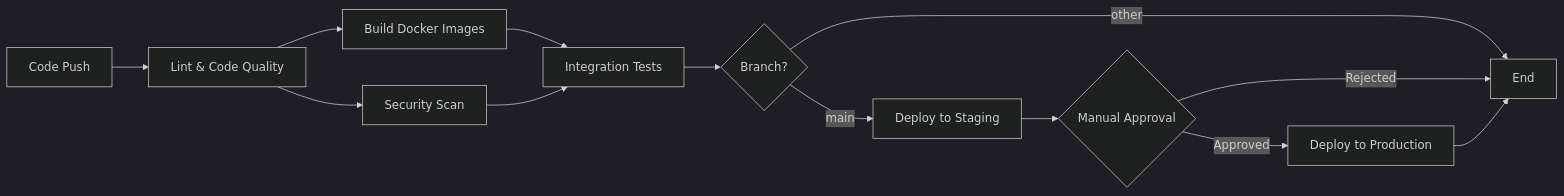
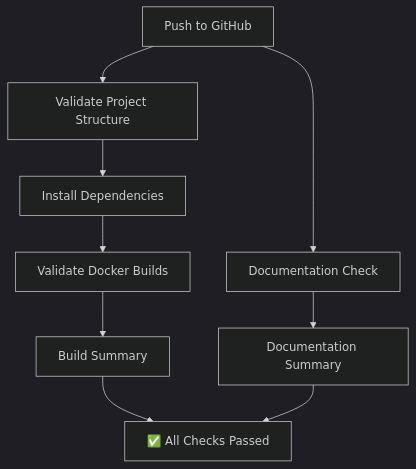
The diagram in CI_CD_DOCUMENTATION.md (Brightmarc12/Distributed_Notification_System), drawn with Mermaid (dark theme) before and after one commit. The commit also changed other lines of this file, not shown here.

First line of the commit message:
docs: update CI/CD documentation to reflect simplified workflows

````diff
--- a/CI_CD_DOCUMENTATION.md
+++ b/CI_CD_DOCUMENTATION.md
@@ -171,15 +148,11 @@
 ```mermaid
-graph LR
-    A[Code Push] --> B[Lint & Code Quality]
-    B --> C[Build Docker Images]
-    B --> D[Security Scan]
-    C --> E[Integration Tests]
-    D --> E
-    E --> F{Branch?}
-    F -->|main| G[Deploy to Staging]
-    F -->|other| H[End]
-    G --> I{Manual Approval}
-    I -->|Approved| J[Deploy to Production]
-    I -->|Rejected| H
-    J --> H
+graph TD
+    A[Push to GitHub] --> B[Validate Project Structure]
+    A --> C[Documentation Check]
+    B --> D[Install Dependencies]
+    D --> E[Validate Docker Builds]
+    E --> F[Build Summary]
+    C --> G[Documentation Summary]
+    F --> H[✅ All Checks Passed]
+    G --> H
 ```
````
